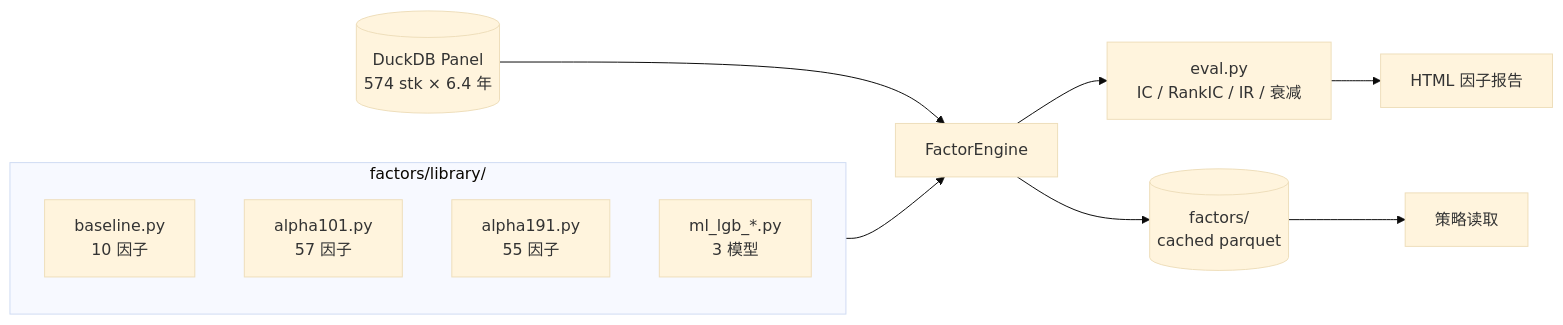
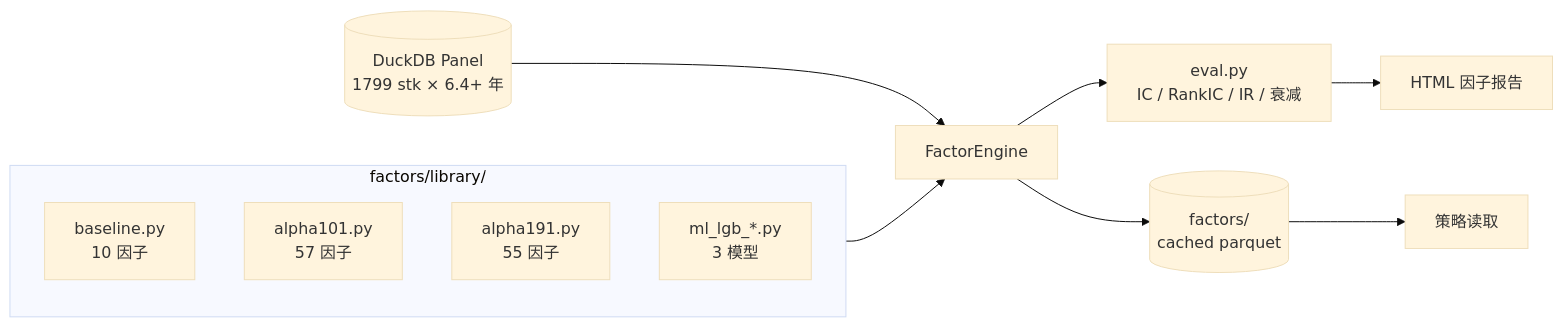
The fourth of 8 diagrams in docs/ARCHITECTURE.md (jwzheng96/OpenQuant), drawn with Mermaid (base theme) before and after one commit. The commit also changed 3 other files, not shown here.

````diff
--- a/docs/ARCHITECTURE.md
+++ b/docs/ARCHITECTURE.md
@@ -176,17 +176,17 @@
 ```mermaid
 flowchart LR
-    PANEL[("DuckDB Panel<br/>574 stk × 6.4 年")] --> ENG[FactorEngine]
+    PANEL[("DuckDB Panel<br/>1799 stk × 6.4+ 年")] --> ENG[FactorEngine]
 
     subgraph LIB [factors/library/]
         BASE[baseline.py<br/>10 因子]
         ALPHA101[alpha101.py<br/>57 因子]
         ALPHA191[alpha191.py<br/>55 因子]
         ML[ml_lgb_*.py<br/>3 模型]
     end
 
     LIB --> ENG
     ENG --> EVAL["eval.py<br/>IC / RankIC / IR / 衰减"]
     ENG --> CACHE[("factors/<br/>cached parquet")]
     CACHE --> STRAT[策略读取]
     EVAL --> RPT[HTML 因子报告]
 ```
````
